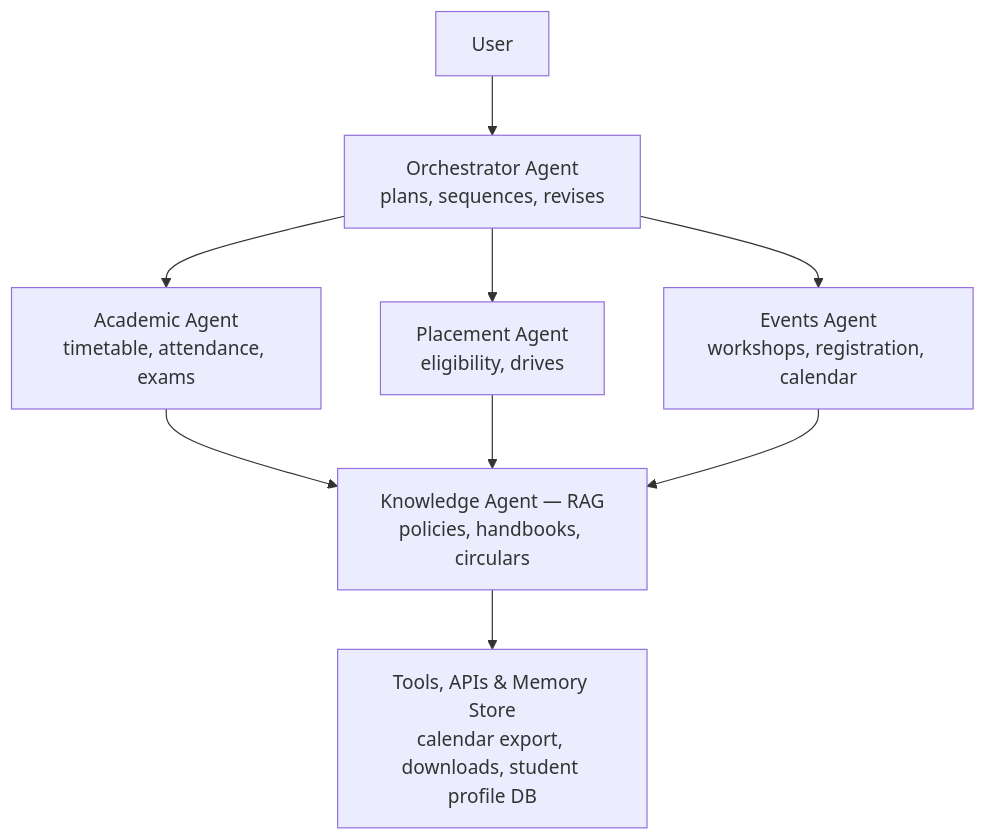
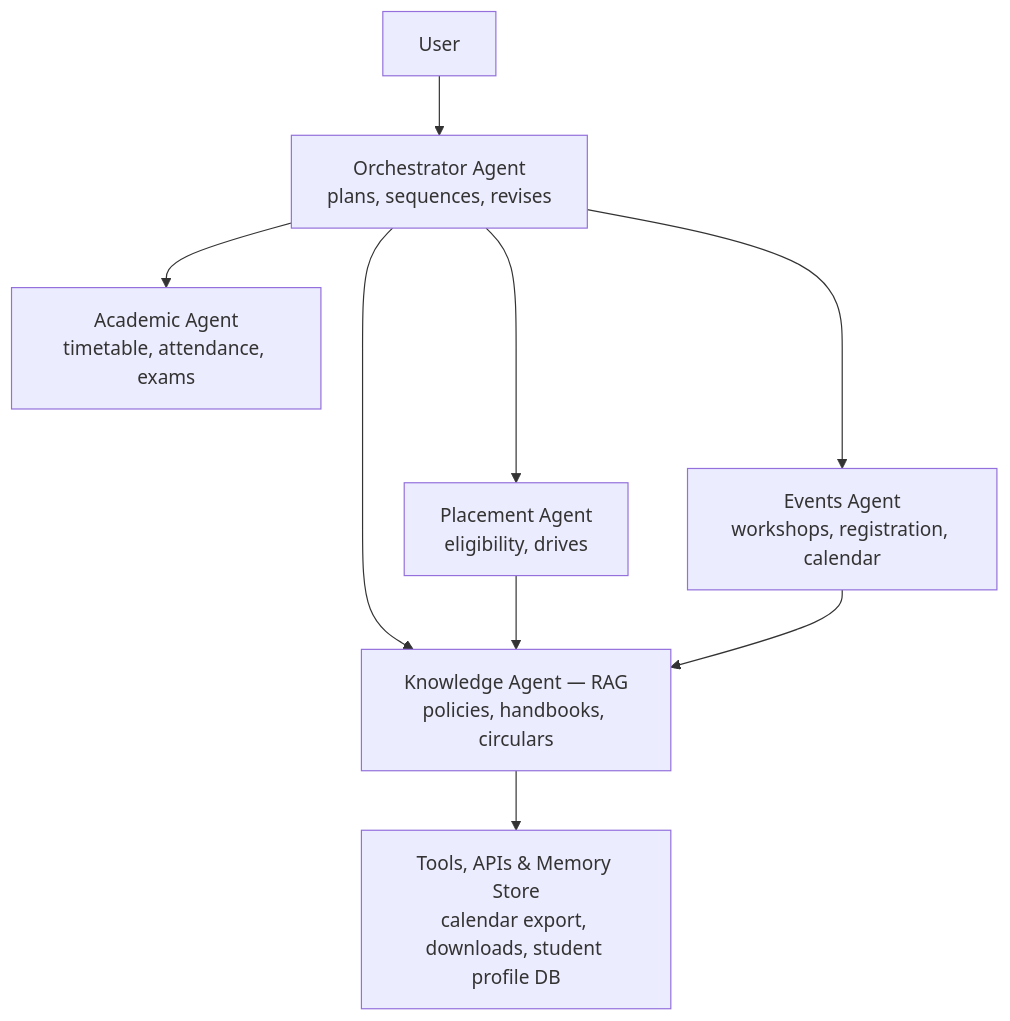
One commit to bhavyavennapusa1-cell/campus_multi_agent changed the diagram in README.md. Above: the diagram before and after it, drawn with Mermaid.

````diff
--- a/README.md
+++ b/README.md
@@ -45,11 +45,11 @@
 ```mermaid
 flowchart TD
     U[User] --> O[Orchestrator Agent<br/>plans, sequences, revises]
     O --> AC[Academic Agent<br/>timetable, attendance, exams]
     O --> PL[Placement Agent<br/>eligibility, drives]
     O --> EV[Events Agent<br/>workshops, registration, calendar]
-    AC --> K[Knowledge Agent — RAG<br/>policies, handbooks, circulars]
+    O ----> K[Knowledge Agent — RAG<br/>policies, handbooks, circulars]
     PL --> K
     EV --> K
     K --> D[Tools, APIs & Memory Store<br/>calendar export, downloads, student profile DB]
 ```
````
